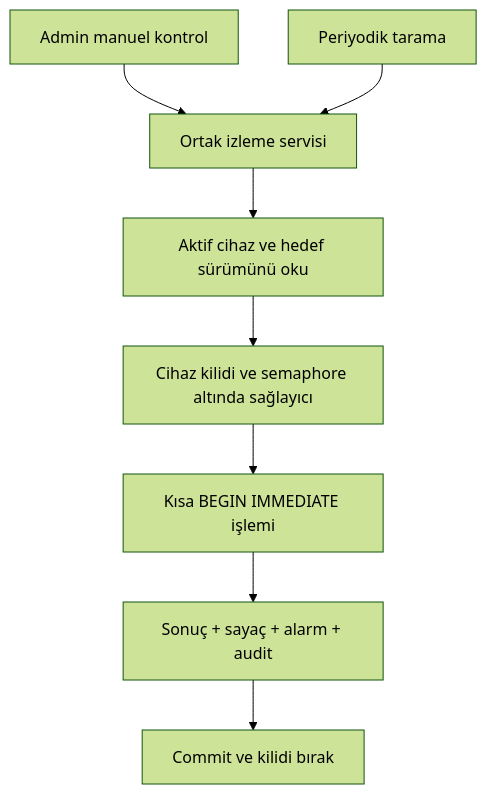
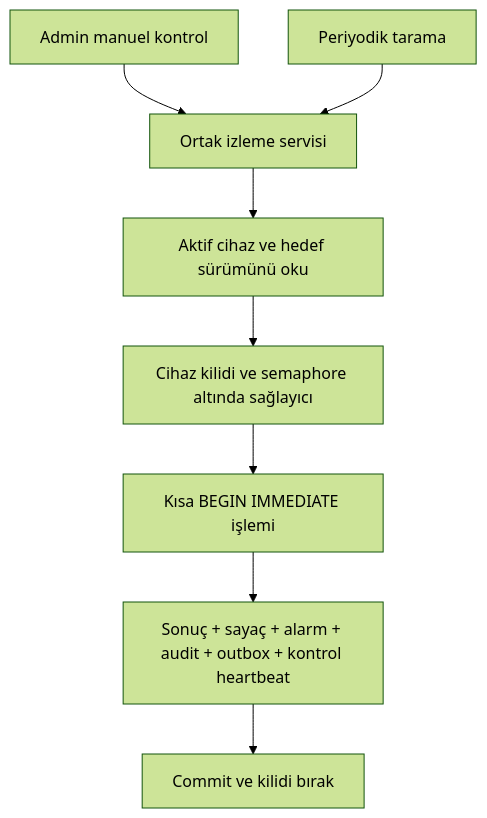
One commit to Sevilay01/AvIT-Data changed the second of 2 diagrams in docs/architecture.md. Above: the diagram before and after it, drawn with Mermaid (forest theme). The commit also changed other lines of this file and 57 other files, not shown here.

````diff
--- a/docs/architecture.md
+++ b/docs/architecture.md
@@ -55,10 +57,10 @@
 ```mermaid
 flowchart TD
     H[Admin manuel kontrol] --> K[Ortak izleme servisi]
     T[Periyodik tarama] --> K
     K --> V[Aktif cihaz ve hedef sürümünü oku]
     V --> P[Cihaz kilidi ve semaphore altında sağlayıcı]
     P --> B[Kısa BEGIN IMMEDIATE işlemi]
-    B --> R[Sonuç + sayaç + alarm + audit]
+    B --> R[Sonuç + sayaç + alarm + audit + outbox + kontrol heartbeat]
     R --> C[Commit ve kilidi bırak]
 ```
````
